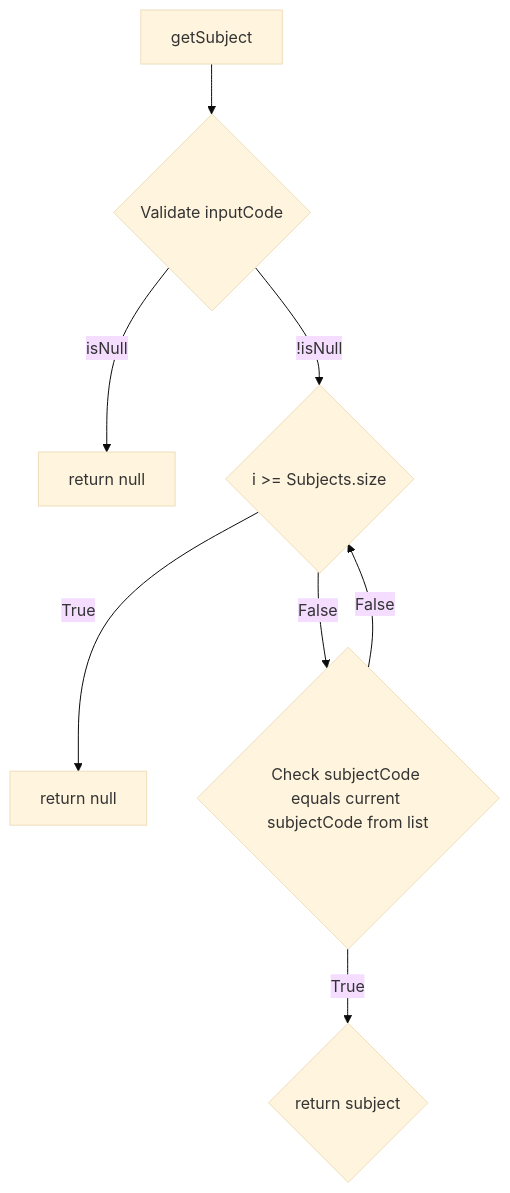
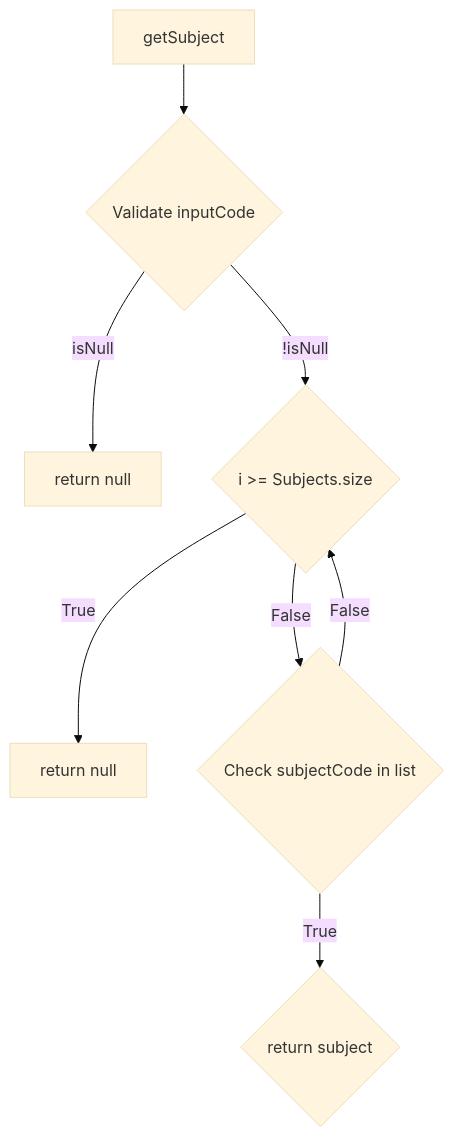
Before and after one commit to RockFreakRickerd/SameCodeDifferentLanguagues: the fourth of 5 diagrams in SchoolSystem/README.md, drawn with Mermaid (base theme).

````diff
--- a/SchoolSystem/README.md
+++ b/SchoolSystem/README.md
@@ -44,10 +44,10 @@
 ```mermaid
 flowchart TD
   A[getSubject] --> B{Validate inputCode};
   B -- isNull --> C[return null];
   B -- !isNull --> D{i >= Subjects.size};
   D -- True --> E[return null];
-  D -- False --> F{Check subjectCode equals current subjectCode from list}
+  D -- False --> F{Check subjectCode in list}
   F -- False --> D{i >= Subjects.size}
   F -- True --> G{return subject};
 ```
````
